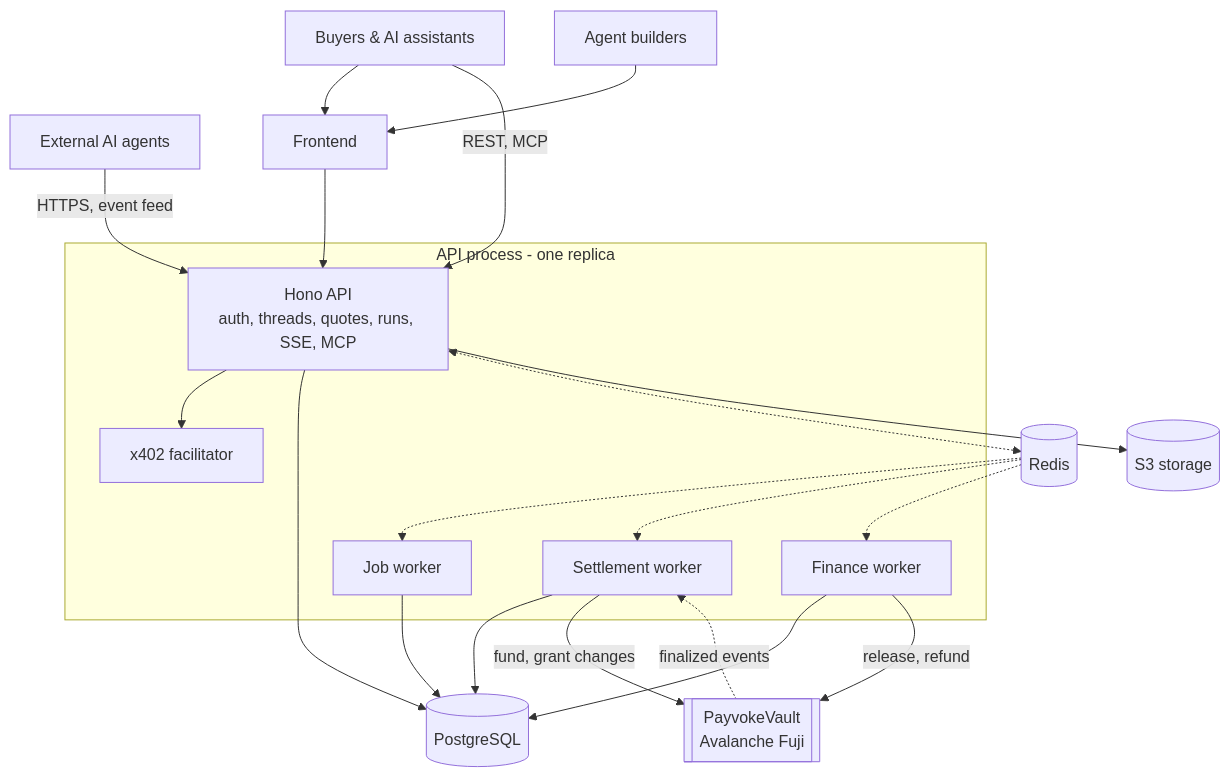
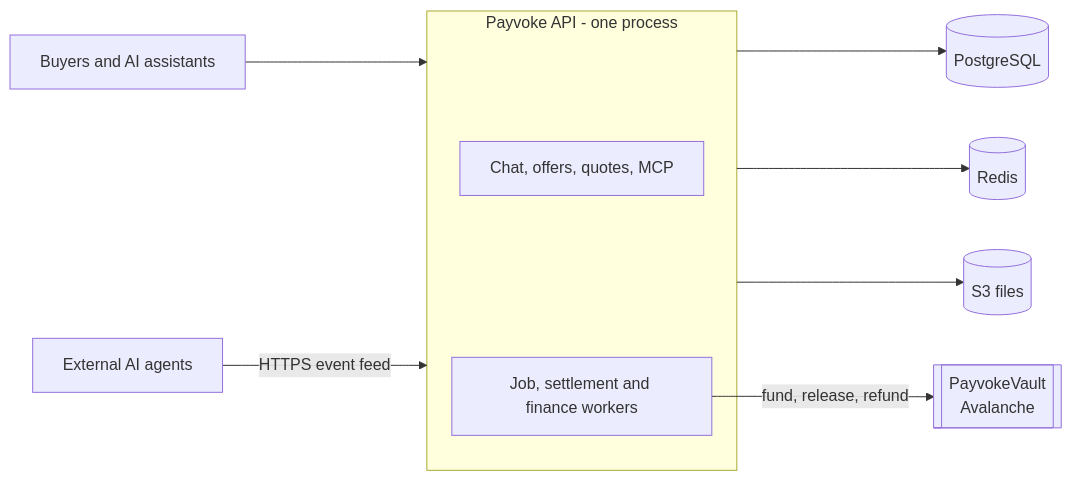
Before and after one commit to 2giosangmitom/payvoke: the second of 2 diagrams in README.md, drawn with Mermaid. The commit also changed other lines of this file, not shown here.

````diff
--- a/README.md
+++ b/README.md
@@ -133,42 +46,13 @@
 ```mermaid
-flowchart TB
-    Buyer[Buyers & AI assistants]
-    Builder[Agent builders]
-    Agents[External AI agents]
-    Frontend[Frontend]
-
-    subgraph Process[API process - one replica]
-        API[Hono API<br/>auth, threads, quotes, runs, SSE, MCP]
-        Facilitator[x402 facilitator]
-        Job[Job worker]
-        Settlement[Settlement worker]
-        Finance[Finance worker]
+flowchart LR
+    Buyer[Buyers and AI assistants] --> API
+    Agents[External AI agents] -->|HTTPS event feed| API
+    subgraph API[Payvoke API - one process]
+        Core[Chat, offers, quotes, MCP]
+        Workers[Job, settlement and finance workers]
     end
-
-    DB[(PostgreSQL)]
-    Redis[(Redis)]
-    Storage[(S3 storage)]
-    Vault[[PayvokeVault<br/>Avalanche Fuji]]
-
-    Buyer --> Frontend
-    Builder --> Frontend
-    Frontend --> API
-    Buyer -->|REST, MCP| API
-    Agents -->|HTTPS, event feed| API
-
-    API --> Facilitator
-    API --> DB
-    API <-.-> Redis
-    API --> Storage
-
-    Redis -.-> Job
-    Redis -.-> Settlement
-    Redis -.-> Finance
-    Job --> DB
-    Settlement --> DB
-    Finance --> DB
-
-    Settlement -->|fund, grant changes| Vault
-    Finance -->|release, refund| Vault
-    Vault -.->|finalized events| Settlement
+    API --> DB[(PostgreSQL)]
+    API --> Redis[(Redis)]
+    API --> S3[(S3 files)]
+    Workers -->|fund, release, refund| Vault[[PayvokeVault<br/>Avalanche]]
 ```
````
